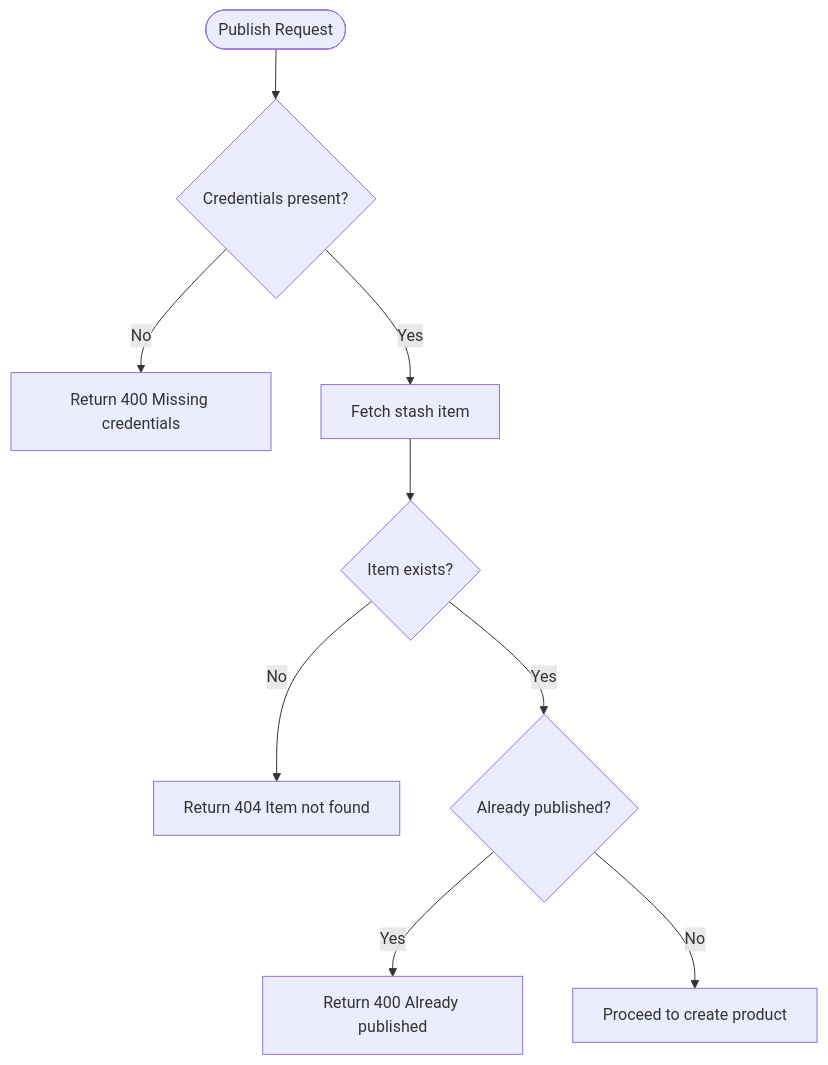
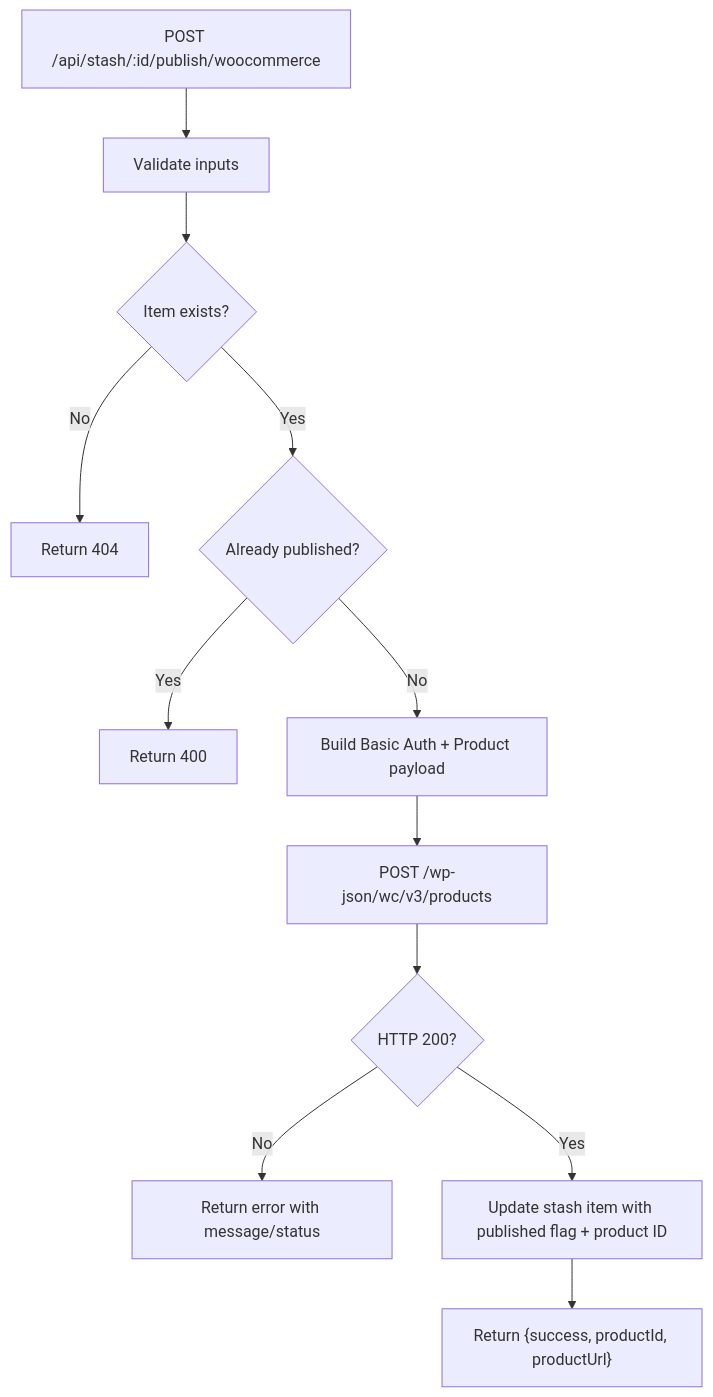
Before and after one commit to hunglevi87/Hidden-Gem: the fifth of 6 diagrams in .qoder/repowiki/en/content/Marketplace Integration/WooCommerce Integration.md, drawn with Mermaid. The commit also changed other lines of this file and 99 other files, not shown here.

````diff
--- a/.qoder/repowiki/en/content/Marketplace Integration/WooCommerce Integration.md
+++ b/.qoder/repowiki/en/content/Marketplace Integration/WooCommerce Integration.md
@@ -267,11 +206,14 @@
 ```mermaid
 flowchart TD
-Start(["Publish Request"]) --> CheckCreds{"Credentials present?"}
-CheckCreds --> |No| ErrCreds["Return 400 Missing credentials"]
-CheckCreds --> |Yes| FetchItem["Fetch stash item"]
-FetchItem --> Exists{"Item exists?"}
-Exists --> |No| ErrNotFound["Return 404 Item not found"]
-Exists --> |Yes| Already{"Already published?"}
-Already --> |Yes| ErrDup["Return 400 Already published"]
-Already --> |No| Proceed["Proceed to create product"]
+Req["POST /api/stash/:id/publish/woocommerce"] --> Validate["Validate inputs"]
+Validate --> NotFound{"Item exists?"}
+NotFound --> |No| Err404["Return 404"]
+NotFound --> |Yes| Already{"Already published?"}
+Already --> |Yes| Err400["Return 400"]
+Already --> |No| Build["Build Basic Auth + Product payload"]
+Build --> Post["POST /wp-json/wc/v3/products"]
+Post --> Ok{"HTTP 200?"}
+Ok --> |No| ErrResp["Return error with message/status"]
+Ok --> |Yes| Save["Update stash item with published flag + product ID"]
+Save --> Resp["Return {success, productId, productUrl}"]
 ```
````
